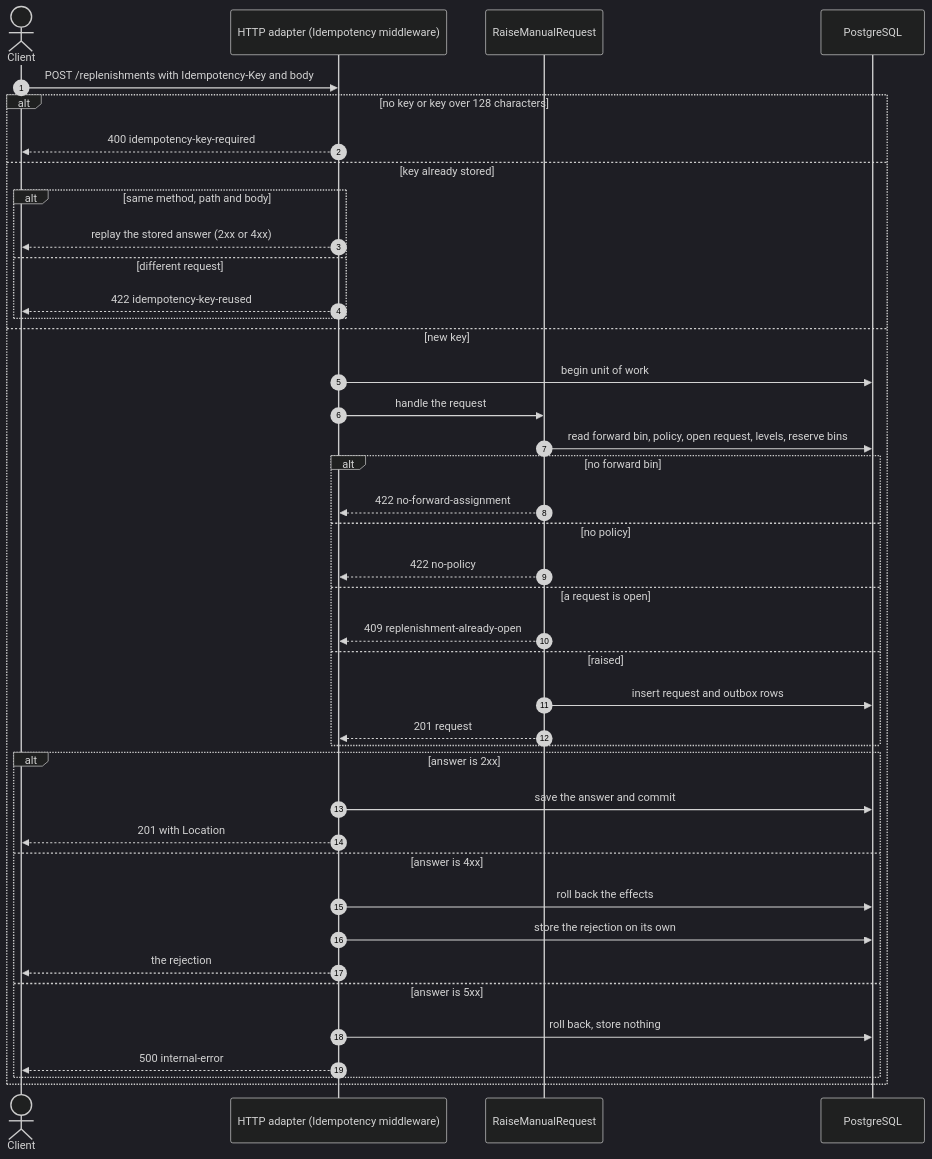
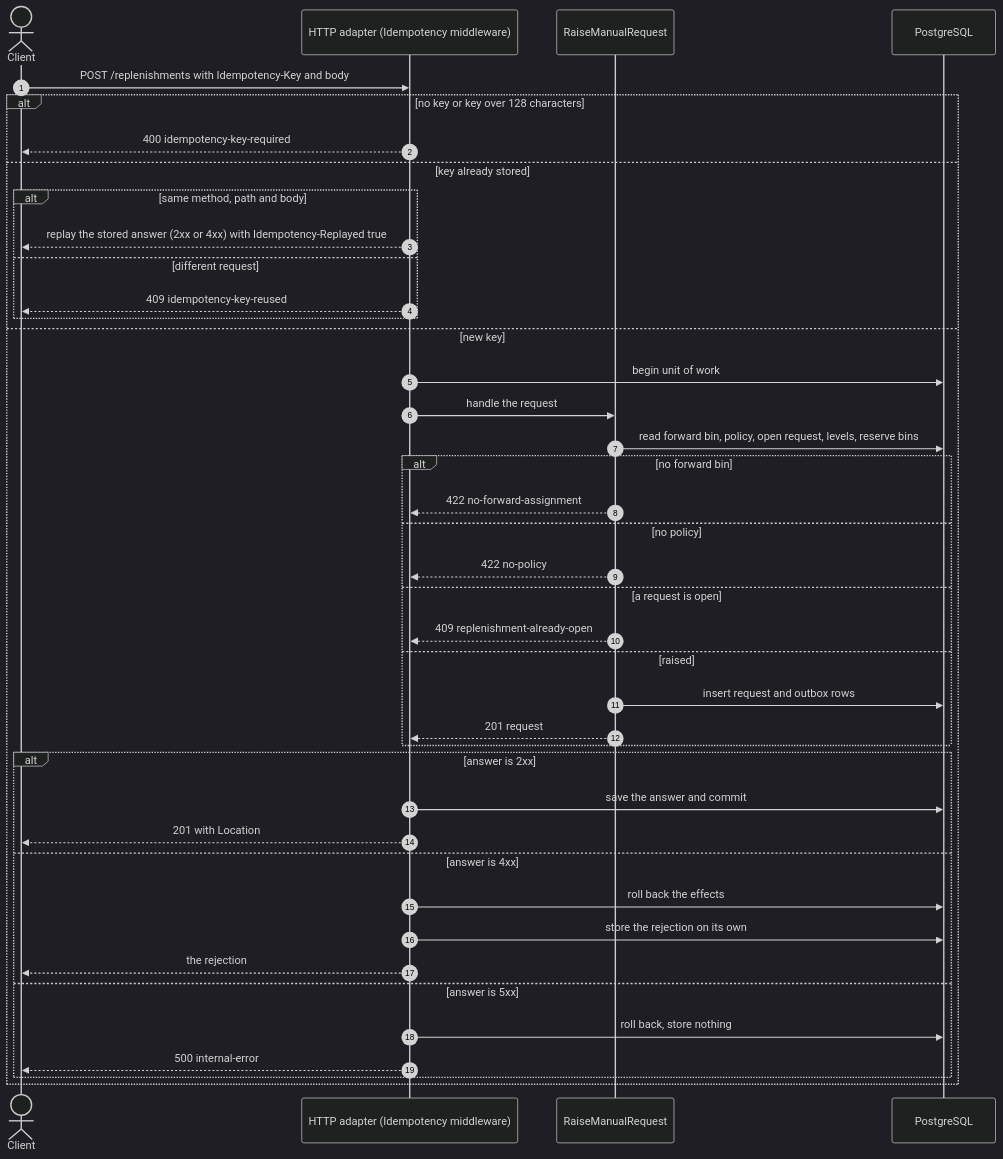
The first of 4 diagrams in docs/contexts/pick-face-replenishment/sequence-diagrams.md (IQVO/warehouse-docs), drawn with Mermaid (dark theme) before and after one commit. The commit also changed 272 other files, not shown here.

````diff
--- a/docs/contexts/pick-face-replenishment/sequence-diagrams.md
+++ b/docs/contexts/pick-face-replenishment/sequence-diagrams.md
@@ -18,43 +18,43 @@
 ```mermaid
 sequenceDiagram
     autonumber
     actor C as Client
     participant H as HTTP adapter (Idempotency middleware)
     participant U as RaiseManualRequest
     participant DB as PostgreSQL
     C->>H: POST /replenishments with Idempotency-Key and body
     alt no key or key over 128 characters
         H-->>C: 400 idempotency-key-required
     else key already stored
         alt same method, path and body
-            H-->>C: replay the stored answer (2xx or 4xx)
+            H-->>C: replay the stored answer (2xx or 4xx) with Idempotency-Replayed true
         else different request
-            H-->>C: 422 idempotency-key-reused
+            H-->>C: 409 idempotency-key-reused
         end
     else new key
         H->>DB: begin unit of work
         H->>U: handle the request
         U->>DB: read forward bin, policy, open request, levels, reserve bins
         alt no forward bin
             U-->>H: 422 no-forward-assignment
         else no policy
             U-->>H: 422 no-policy
         else a request is open
             U-->>H: 409 replenishment-already-open
         else raised
             U->>DB: insert request and outbox rows
             U-->>H: 201 request
         end
         alt answer is 2xx
             H->>DB: save the answer and commit
             H-->>C: 201 with Location
         else answer is 4xx
             H->>DB: roll back the effects
             H->>DB: store the rejection on its own
             H-->>C: the rejection
         else answer is 5xx
             H->>DB: roll back, store nothing
             H-->>C: 500 internal-error
         end
     end
 ```
````
